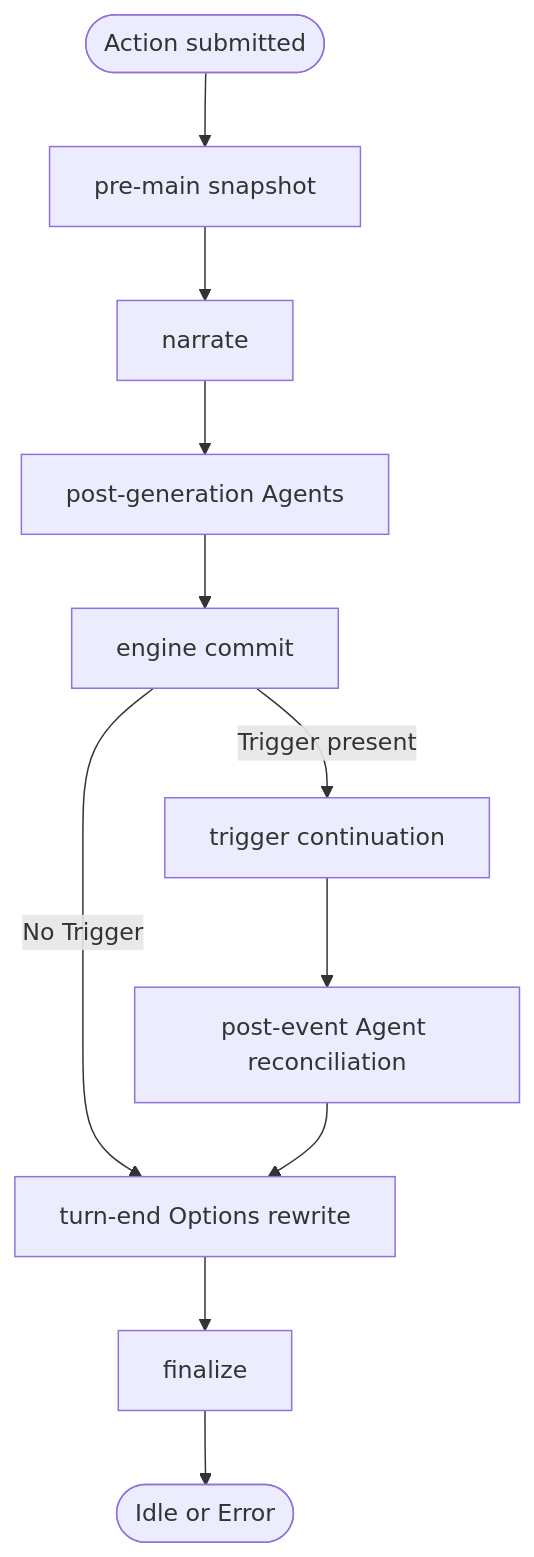
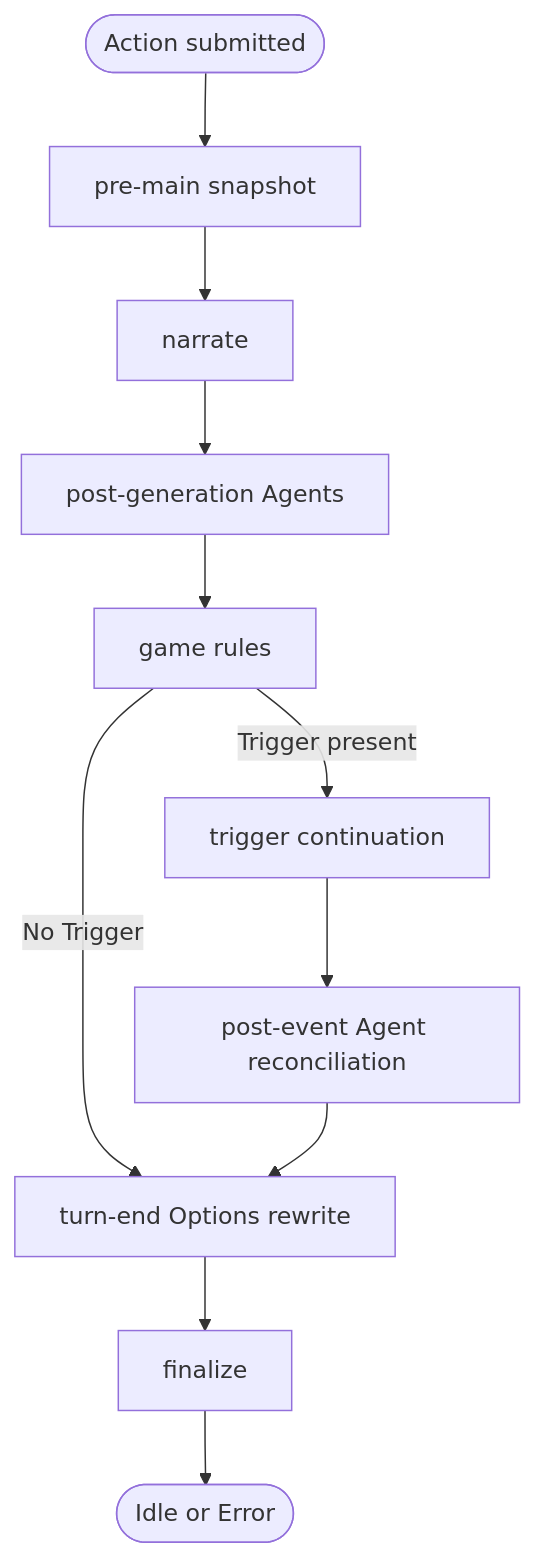
One commit to notsonormal/chronicler-engine changed the diagram in docs/diataxis/reference/game_flow.md. Above: the diagram before and after it, drawn with Mermaid. The commit also changed other lines of this file and 32 other files, not shown here.

First line of the commit message:
refactor(domain): P3 of the Rust rebuild: SwipeState and the game rules

````diff
--- a/docs/diataxis/reference/game_flow.md
+++ b/docs/diataxis/reference/game_flow.md
@@ -18,13 +18,13 @@
 ```mermaid
 flowchart TD
     Start([Action submitted]) --> Pre[pre-main snapshot]
     Pre --> Narrate[narrate]
     Narrate --> PostGen[post-generation Agents]
-    PostGen --> Commit[engine commit]
+    PostGen --> Commit[game rules]
     Commit -->|Trigger present| Trigger[trigger continuation]
     Commit -->|No Trigger| Options[turn-end Options rewrite]
     Trigger --> Reconcile[post-event Agent reconciliation]
     Reconcile --> Options
     Options --> Finalize[finalize]
     Finalize --> End([Idle or Error])
 ```
````
